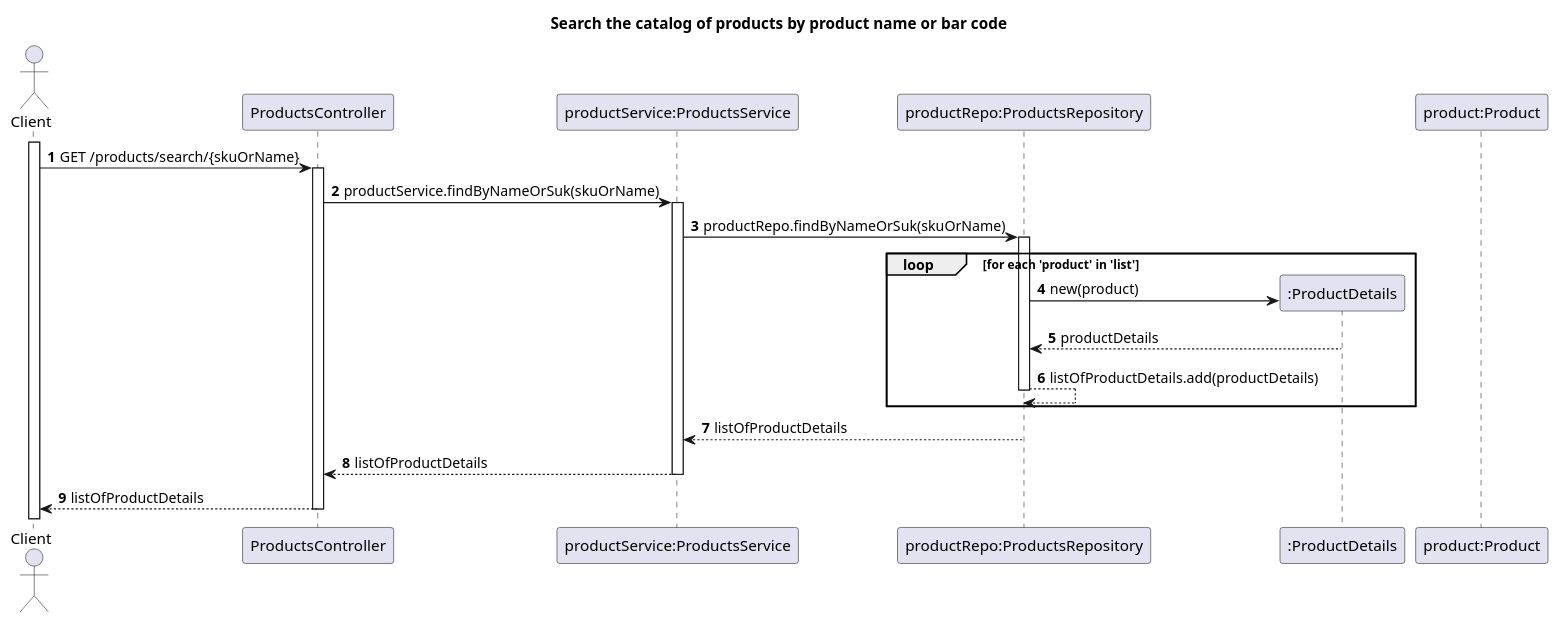
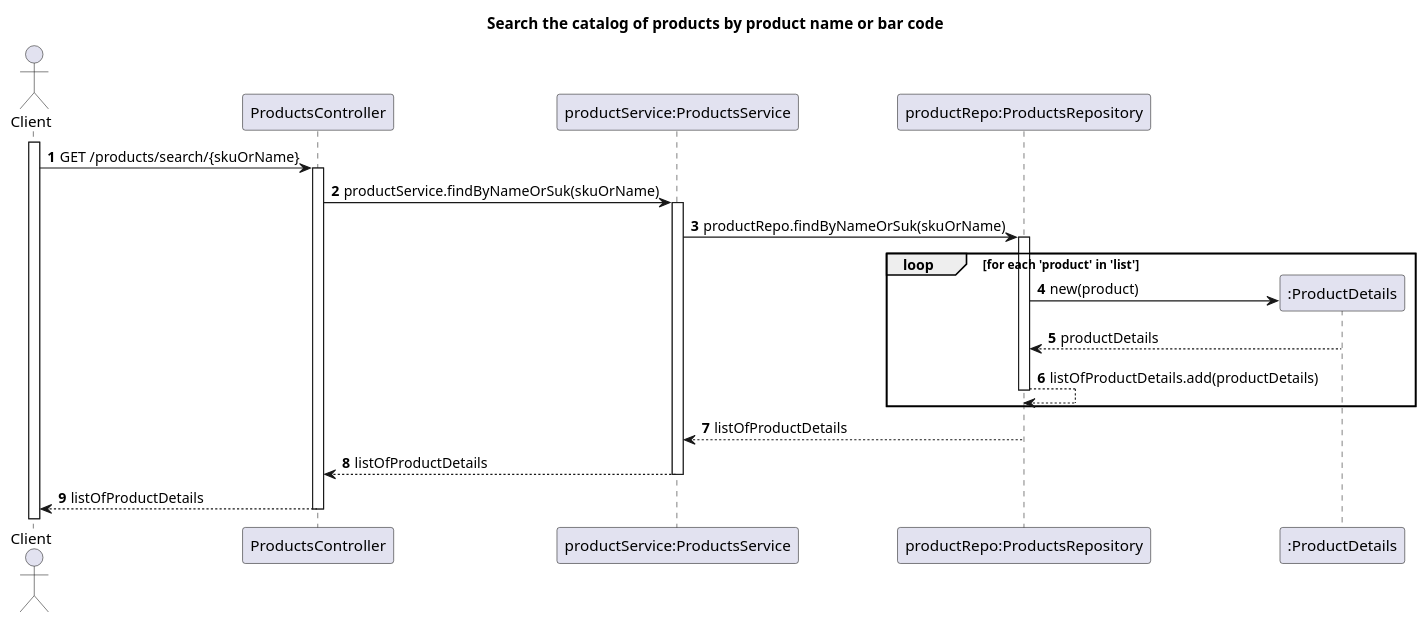
Before and after one commit to TiagoNora/SIDIS-Docs: the diagram in Docs/US03-SD.puml, drawn with PlantUML. The commit also changed 15 other files, not shown here.

```diff
--- a/Docs/US03-SD.puml
+++ b/Docs/US03-SD.puml
@@ -1,31 +1,30 @@
 @startuml
 'https://plantuml.com/sequence-diagram
 
 title Search the catalog of products by product name or bar code
 autoactivate on
 autonumber
 
 actor "Client" as client
 participant "ProductsController" as controller
 participant "productService:ProductsService" as service
 participant "productRepo:ProductsRepository" as repository
 participant ":ProductDetails" as details
-participant "product:Product" as product
 
 activate client
 
 client -> controller: GET /products/search/{skuOrName}
 controller -> service : productService.findByNameOrSuk(skuOrName)
 service -> repository: productRepo.findByNameOrSuk(skuOrName)
 
 loop for each 'product' in 'list'
     repository -> details**: new(product)
     details --> repository: productDetails
     repository --> repository: listOfProductDetails.add(productDetails)
 end loop
 repository --> service: listOfProductDetails
 service --> controller: listOfProductDetails
 controller --> client: listOfProductDetails
 
 
 @enduml
```
